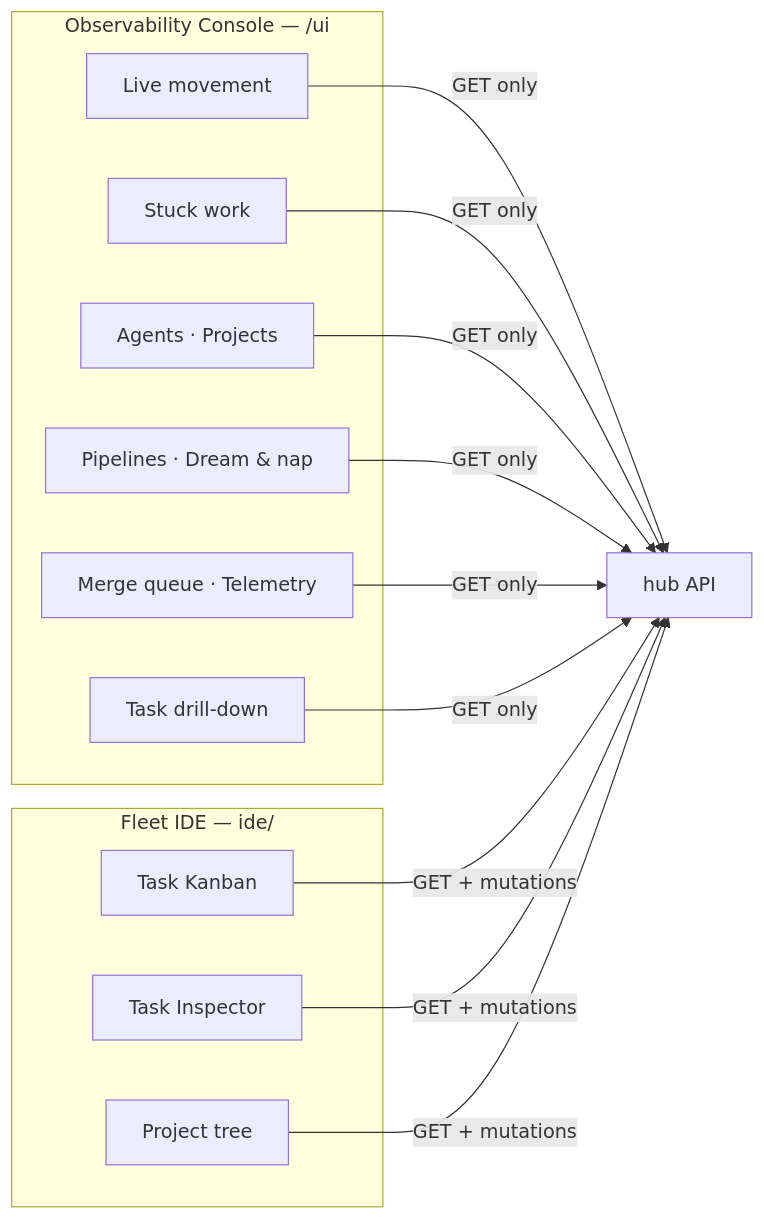
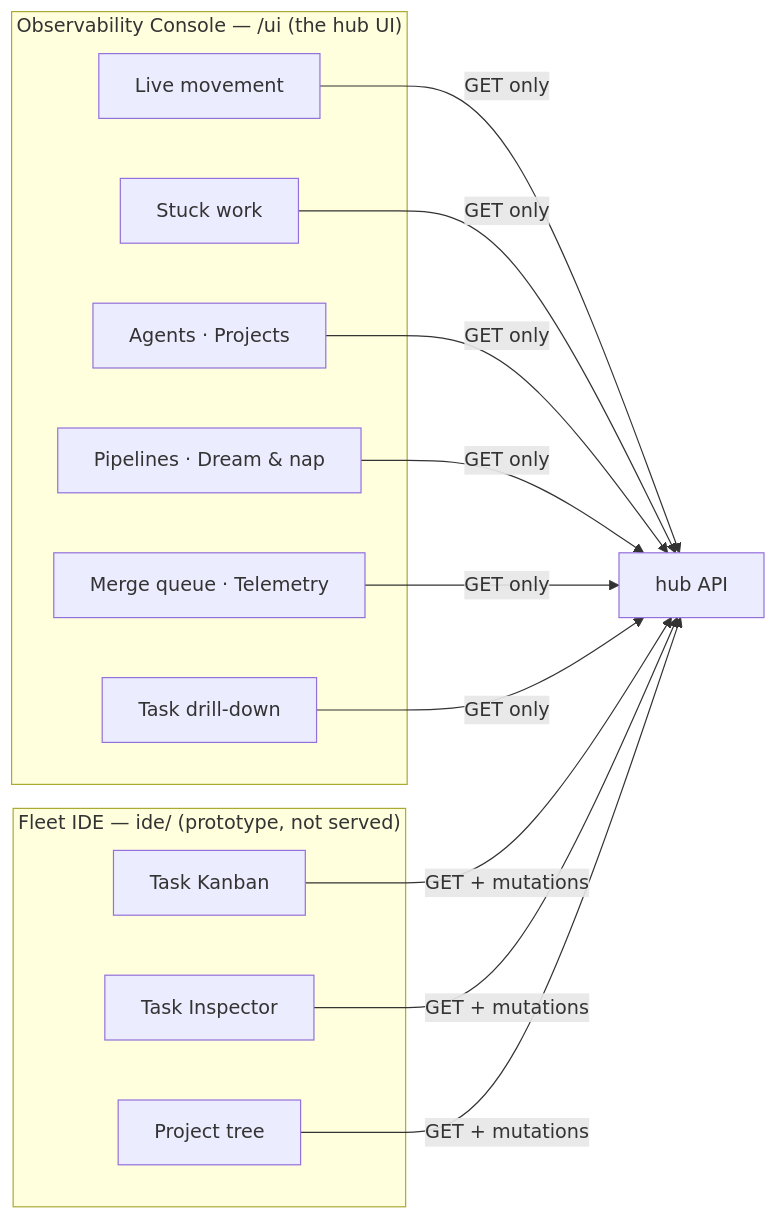
The diagram in docs/guide/04-ui.md (jordanhubbard/mac), drawn with Mermaid before and after one commit. The commit also changed other lines of this file and 14 other files, not shown here.

````diff
--- a/docs/guide/04-ui.md
+++ b/docs/guide/04-ui.md
@@ -6,19 +15,19 @@
 ```mermaid
 graph LR
-    subgraph "Observability Console — /ui"
+    subgraph "Observability Console — /ui (the hub UI)"
         C1["Live movement"]
         C2["Stuck work"]
         C3["Agents · Projects"]
         C4["Pipelines · Dream & nap"]
         C5["Merge queue · Telemetry"]
         C6["Task drill-down"]
     end
-    subgraph "Fleet IDE — ide/"
+    subgraph "Fleet IDE — ide/ (prototype, not served)"
         I1["Task Kanban"]
         I2["Task Inspector"]
         I3["Project tree"]
     end
     API["hub API"]
     C1 & C2 & C3 & C4 & C5 & C6 -->|GET only| API
     I1 & I2 & I3 -->|GET + mutations| API
 ```
````
